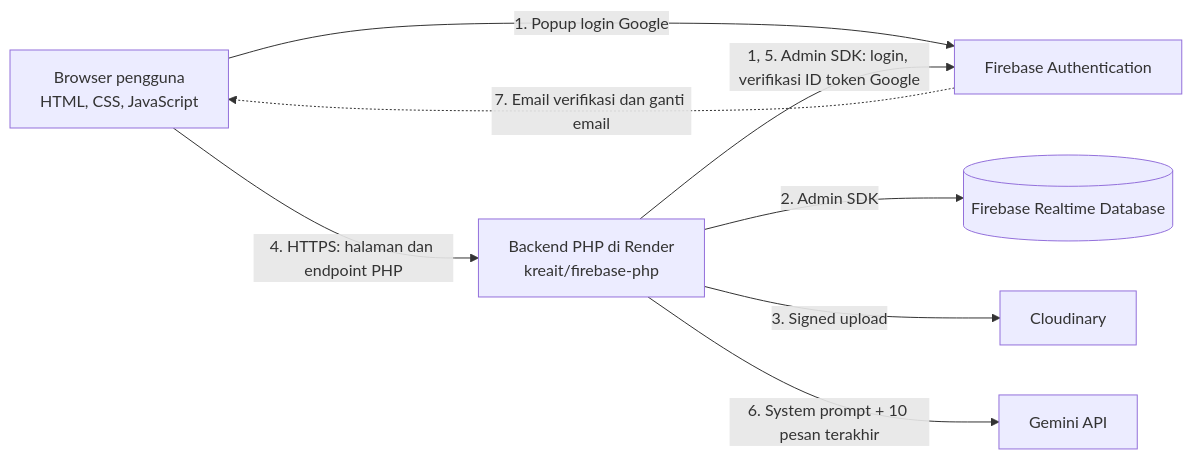
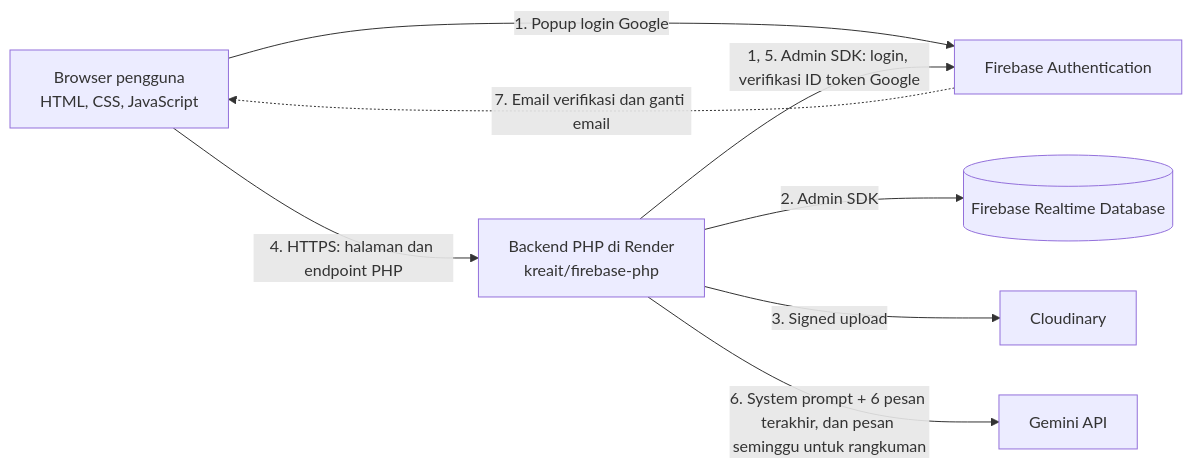
One commit to dessicahartono/Senara-Project changed the first of 2 diagrams in docs/prd/Senara_PRD.md. Above: the diagram before and after it, drawn with Mermaid. The commit also changed other lines of this file and 11 other files, not shown here.

````diff
--- a/docs/prd/Senara_PRD.md
+++ b/docs/prd/Senara_PRD.md
@@ -306,10 +323,10 @@
 ```mermaid
 flowchart LR
     U[Browser pengguna<br/>HTML, CSS, JavaScript] -->|4. HTTPS: halaman dan endpoint PHP| B[Backend PHP di Render<br/>kreait/firebase-php]
     U -->|1. Popup login Google| A[Firebase Authentication]
     B -->|1, 5. Admin SDK: login, verifikasi ID token Google| A
     B -->|2. Admin SDK| D[(Firebase Realtime Database)]
     B -->|3. Signed upload| C[Cloudinary]
-    B -->|6. System prompt + 10 pesan terakhir| G[Gemini API]
+    B -->|6. System prompt + 6 pesan terakhir, dan pesan seminggu untuk rangkuman| G[Gemini API]
     A -.->|7. Email verifikasi dan ganti email| U
 ```
````
